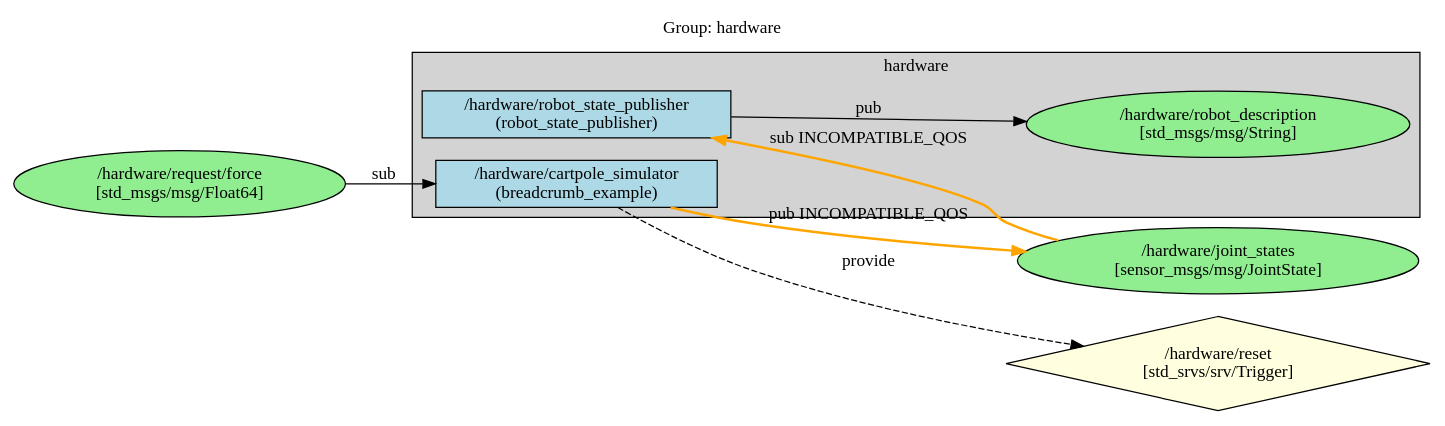
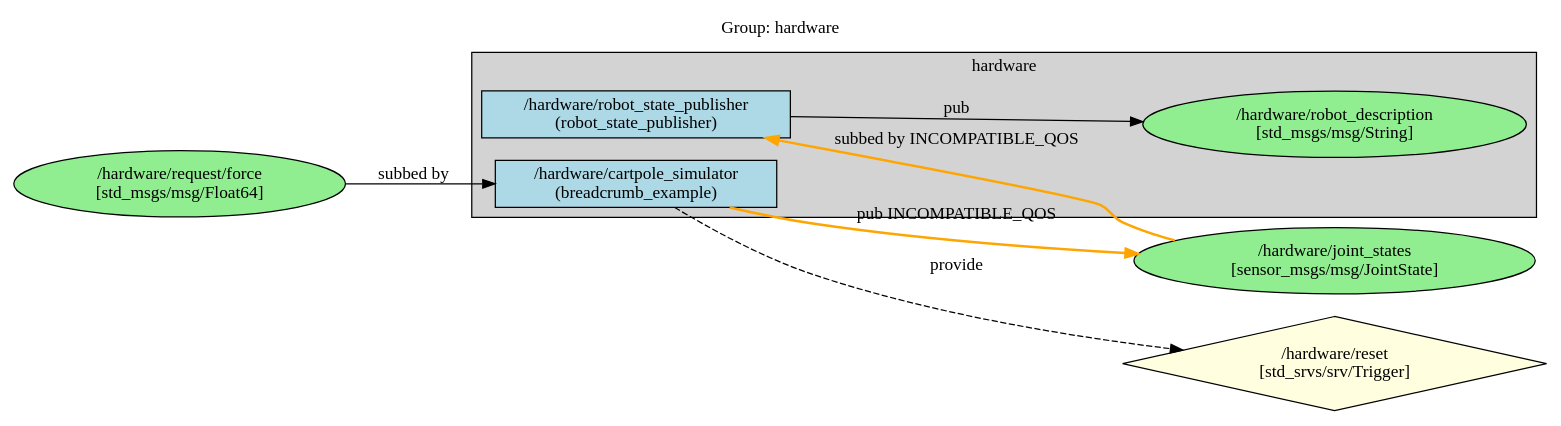
Before and after one commit to greenforge-labs/breadcrumb: the diagram in breadcrumb_example/ros_graphs/graph_group_hardware.dot, drawn with Graphviz. The commit also changed 8 other files, not shown here.

```diff
--- a/breadcrumb_example/ros_graphs/graph_group_hardware.dot
+++ b/breadcrumb_example/ros_graphs/graph_group_hardware.dot
@@ -1,38 +1,38 @@
 digraph ROS2Group_hardware {
   rankdir=LR;
   node [shape=box];
   label="Group: hardware";
   labelloc=t;
 
   subgraph cluster_hardware {
     label="hardware";
     style=filled;
     fillcolor=lightgrey;
 
     // Group Nodes
     "/hardware/robot_state_publisher" [label="/hardware/robot_state_publisher\n(robot_state_publisher)", style=filled, fillcolor=lightblue];
     "/hardware/cartpole_simulator" [label="/hardware/cartpole_simulator\n(breadcrumb_example)", style=filled, fillcolor=lightblue];
 
     // Internal Topics
     "/hardware/robot_description" [label="/hardware/robot_description\n[std_msgs/msg/String]", shape=ellipse, style=filled, fillcolor=lightgreen];
   }
 
   // External Topics
   "/hardware/joint_states" [label="/hardware/joint_states\n[sensor_msgs/msg/JointState]", shape=ellipse, style=filled, fillcolor=lightgreen];
   "/hardware/request/force" [label="/hardware/request/force\n[std_msgs/msg/Float64]", shape=ellipse, style=filled, fillcolor=lightgreen];
 
   // External Services
   "/hardware/reset" [label="/hardware/reset\n[std_srvs/srv/Trigger]", shape=diamond, style=filled, fillcolor=lightyellow];
 
   // Internal Topic Edges
   "/hardware/robot_state_publisher" -> "/hardware/robot_description" [label="pub"];
 
   // External Topic Edges
   "/hardware/cartpole_simulator" -> "/hardware/joint_states" [label="pub INCOMPATIBLE_QOS", color=orange, style=bold];
-  "/hardware/joint_states" -> "/hardware/robot_state_publisher" [label="sub INCOMPATIBLE_QOS", color=orange, style=bold];
-  "/hardware/request/force" -> "/hardware/cartpole_simulator" [label="sub"];
+  "/hardware/joint_states" -> "/hardware/robot_state_publisher" [label="subbed by INCOMPATIBLE_QOS", color=orange, style=bold];
+  "/hardware/request/force" -> "/hardware/cartpole_simulator" [label="subbed by"];
 
   // External Service Edges
   "/hardware/cartpole_simulator" -> "/hardware/reset" [label="provide", style=dashed];
 
 }
```
